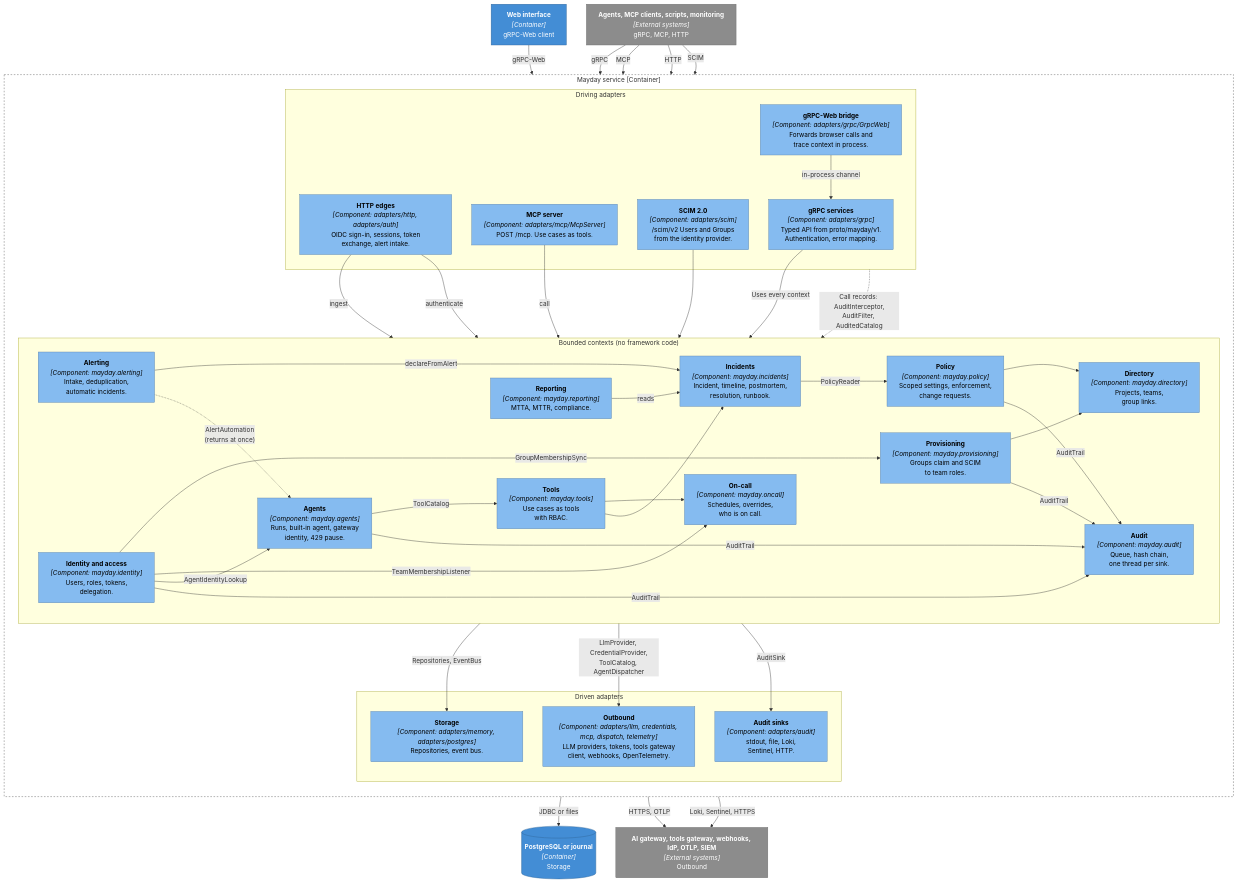
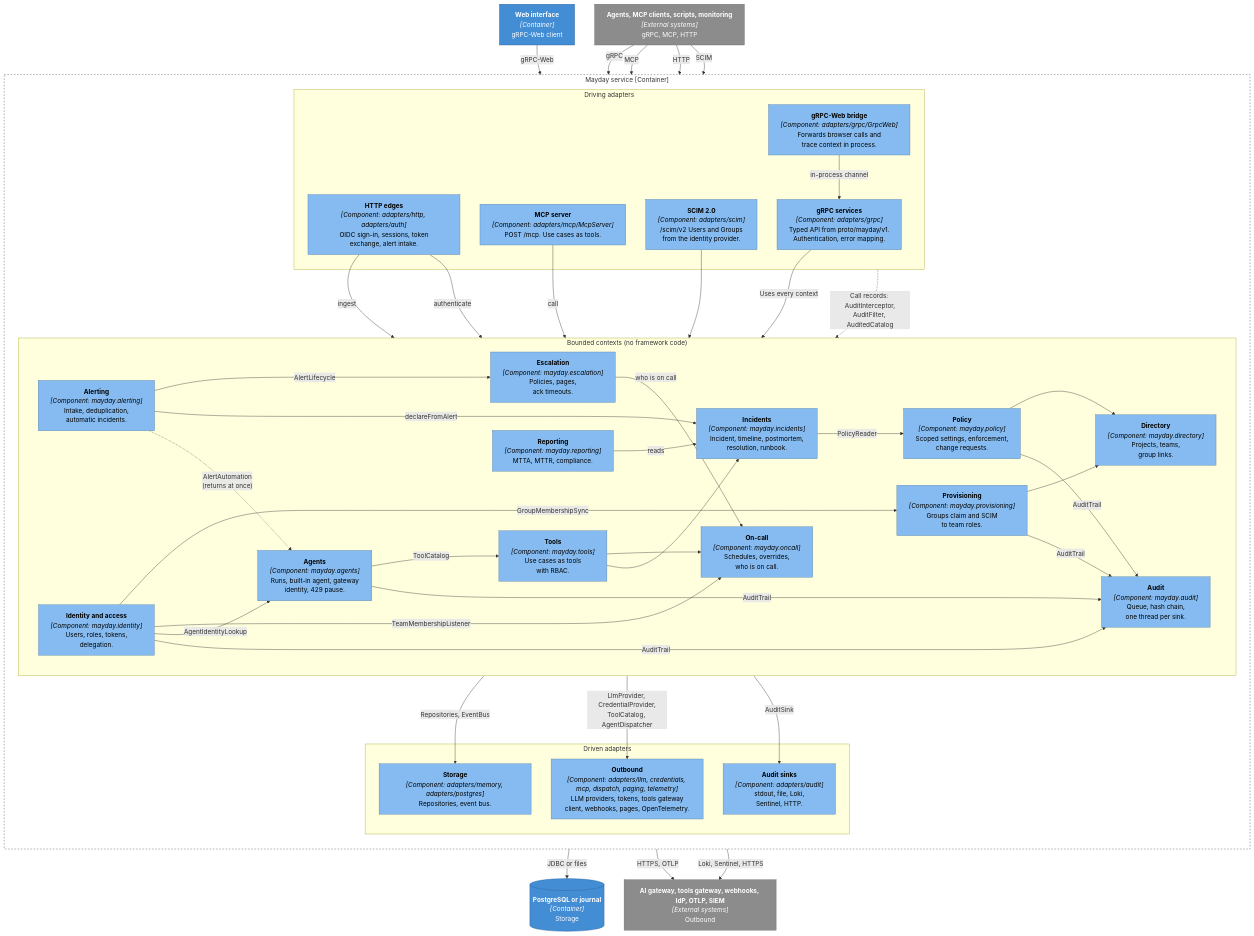
The third of 8 diagrams in docs/c4.md (gigabrain-ideas/mayday), drawn with Mermaid before and after one commit. The commit also changed 43 other files, not shown here.

````diff
--- a/docs/c4.md
+++ b/docs/c4.md
@@ -126,79 +126,82 @@
 ```mermaid
 %%{init: {"flowchart": {"wrappingWidth": 320}}}%%
 flowchart TB
   web["<b>Web interface</b><br/><i>[Container]</i><br/>gRPC-Web client"]
   clients["<b>Agents, MCP clients, scripts, monitoring</b><br/><i>[External systems]</i><br/>gRPC, MCP, HTTP"]
   subgraph svc["Mayday service [Container]"]
     direction TB
     subgraph driving["Driving adapters"]
       grpc["<b>gRPC services</b><br/><i>[Component: adapters/grpc]</i><br/>Typed API from proto/mayday/v1.<br/>Authentication, error mapping."]
       grpcweb["<b>gRPC-Web bridge</b><br/><i>[Component: adapters/grpc/GrpcWeb]</i><br/>Forwards browser calls and<br/>trace context in process."]
       edges["<b>HTTP edges</b><br/><i>[Component: adapters/http, adapters/auth]</i><br/>OIDC sign-in, sessions, token<br/>exchange, alert intake."]
       mcpserver["<b>MCP server</b><br/><i>[Component: adapters/mcp/McpServer]</i><br/>POST /mcp. Use cases as tools."]
       scim["<b>SCIM 2.0</b><br/><i>[Component: adapters/scim]</i><br/>/scim/v2 Users and Groups<br/>from the identity provider."]
     end
     subgraph domain["Bounded contexts (no framework code)"]
       direction LR
       alerting["<b>Alerting</b><br/><i>[Component: mayday.alerting]</i><br/>Intake, deduplication,<br/>automatic incidents."]
       incidents["<b>Incidents</b><br/><i>[Component: mayday.incidents]</i><br/>Incident, timeline, postmortem,<br/>resolution, runbook."]
       agentsctx["<b>Agents</b><br/><i>[Component: mayday.agents]</i><br/>Runs, built-in agent, gateway<br/>identity, 429 pause."]
       tools["<b>Tools</b><br/><i>[Component: mayday.tools]</i><br/>Use cases as tools<br/>with RBAC."]
       policy["<b>Policy</b><br/><i>[Component: mayday.policy]</i><br/>Scoped settings, enforcement,<br/>change requests."]
       identity["<b>Identity and access</b><br/><i>[Component: mayday.identity]</i><br/>Users, roles, tokens,<br/>delegation."]
       directory["<b>Directory</b><br/><i>[Component: mayday.directory]</i><br/>Projects, teams,<br/>group links."]
       oncall["<b>On-call</b><br/><i>[Component: mayday.oncall]</i><br/>Schedules, overrides,<br/>who is on call."]
+      escalation["<b>Escalation</b><br/><i>[Component: mayday.escalation]</i><br/>Policies, pages,<br/>ack timeouts."]
       provisioning["<b>Provisioning</b><br/><i>[Component: mayday.provisioning]</i><br/>Groups claim and SCIM<br/>to team roles."]
       reporting["<b>Reporting</b><br/><i>[Component: mayday.reporting]</i><br/>MTTA, MTTR, compliance."]
       audit["<b>Audit</b><br/><i>[Component: mayday.audit]</i><br/>Queue, hash chain,<br/>one thread per sink."]
     end
     subgraph driven["Driven adapters"]
       storage["<b>Storage</b><br/><i>[Component: adapters/memory, adapters/postgres]</i><br/>Repositories, event bus."]
-      outbound["<b>Outbound</b><br/><i>[Component: adapters/llm, credentials, mcp, dispatch, telemetry]</i><br/>LLM providers, tokens, tools gateway<br/>client, webhooks, OpenTelemetry."]
+      outbound["<b>Outbound</b><br/><i>[Component: adapters/llm, credentials, mcp, dispatch, paging, telemetry]</i><br/>LLM providers, tokens, tools gateway<br/>client, webhooks, pages, OpenTelemetry."]
       sinks["<b>Audit sinks</b><br/><i>[Component: adapters/audit]</i><br/>stdout, file, Loki,<br/>Sentinel, HTTP."]
     end
   end
   store[("<b>PostgreSQL or journal</b><br/><i>[Container]</i><br/>Storage")]
   ext["<b>AI gateway, tools gateway, webhooks, IdP, OTLP, SIEM</b><br/><i>[External systems]</i><br/>Outbound"]
   web -- "gRPC-Web" --> grpcweb
   clients -- "gRPC" --> grpc
   clients -- "MCP" --> mcpserver
   clients -- "HTTP" --> edges
   grpcweb -- "in-process channel" --> grpc
   grpc -- "Uses every context" --> domain
   edges -- "ingest" --> alerting
   edges -- "authenticate" --> identity
   mcpserver -- "call" --> tools
   clients -- "SCIM" --> scim
   scim --> provisioning
   identity -- "GroupMembershipSync" --> provisioning
   identity -- "TeamMembershipListener" --> oncall
   provisioning --> directory
   tools --> oncall
+  alerting -- "AlertLifecycle" --> escalation
+  escalation -- "who is on call" --> oncall
   alerting -- "declareFromAlert" --> incidents
   alerting -. "AlertAutomation<br/>(returns at once)" .-> agentsctx
   agentsctx -- "ToolCatalog" --> tools
   tools --> incidents
   incidents -- "PolicyReader" --> policy
   policy --> directory
   identity -- "AgentIdentityLookup" --> agentsctx
   reporting -- "reads" --> incidents
   domain -- "Repositories, EventBus" --> storage
   agentsctx -- "LlmProvider, CredentialProvider,<br/>ToolCatalog, AgentDispatcher" --> outbound
   storage -- "JDBC or files" --> store
   outbound -- "HTTPS, OTLP" --> ext
   driving -. "Call records: AuditInterceptor,<br/>AuditFilter, AuditedCatalog" .-> audit
   identity & policy & agentsctx & provisioning -- "AuditTrail" --> audit
   audit -- "AuditSink" --> sinks
   sinks -- "Loki, Sentinel, HTTPS" --> ext
   classDef person fill:#08427b,stroke:#052e56,color:#fff
   classDef system fill:#1168bd,stroke:#0b4884,color:#fff
   classDef container fill:#438dd5,stroke:#2e6295,color:#fff
   classDef component fill:#85bbf0,stroke:#5d82a8,color:#000
   classDef ext fill:#8c8c8c,stroke:#6b6b6b,color:#fff
   classDef optional stroke-dasharray:6 4,stroke-width:2px
   classDef boundary fill:none,stroke:#444,stroke-dasharray:4 4
   class web,store container
   class clients,ext ext
-  class grpc,grpcweb,edges,mcpserver,scim,alerting,incidents,agentsctx,tools,policy,identity,directory,oncall,provisioning,reporting,audit,storage,outbound,sinks component
+  class grpc,grpcweb,edges,mcpserver,scim,alerting,incidents,agentsctx,tools,policy,identity,directory,oncall,escalation,provisioning,reporting,audit,storage,outbound,sinks component
   class svc boundary
 ```
````
